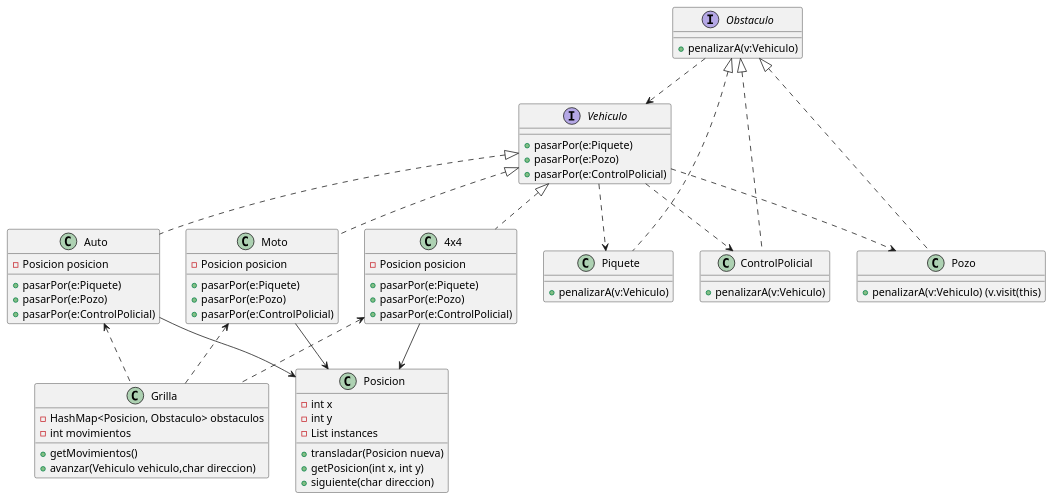
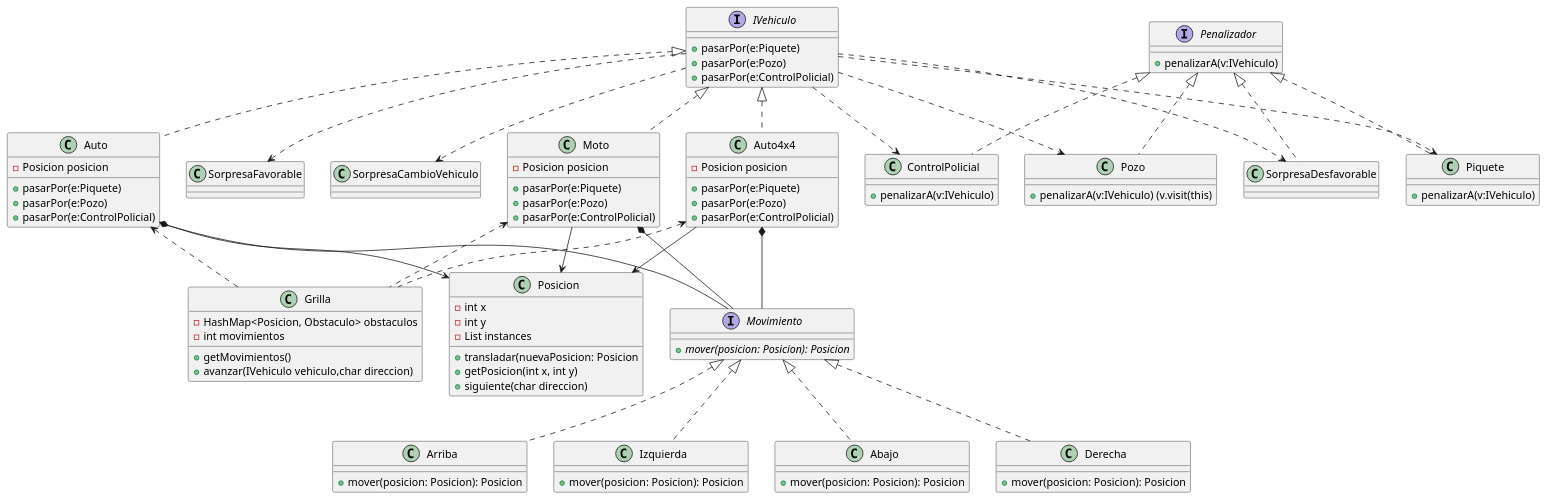
One commit to Dolo-pavon01/gpsChallenge changed the diagram in diagrams/classes/propuesta cami/VisitorAplicado.puml. Above: the diagram before and after it, drawn with PlantUML. The commit also changed 7 other files, not shown here.

Commit message:
chore(diagrams): se modificaron diagramas

```diff
--- a/diagrams/classes/propuesta cami/VisitorAplicado.puml
+++ b/diagrams/classes/propuesta cami/VisitorAplicado.puml
@@ -1,90 +1,118 @@
 @startuml
-'https://plantuml.com/class-diagram
 
-interface Vehiculo
-{
-+pasarPor(e:Piquete)
-+pasarPor(e:Pozo)
-+pasarPor(e:ControlPolicial)
-}
-class Auto
-{
-- Posicion posicion
-+pasarPor(e:Piquete)
-+pasarPor(e:Pozo)
-+pasarPor(e:ControlPolicial)
-}
-class Moto
-{
-- Posicion posicion
-+pasarPor(e:Piquete)
-+pasarPor(e:Pozo)
-+pasarPor(e:ControlPolicial)
-}
-class 4x4
-{
-- Posicion posicion
-+pasarPor(e:Piquete)
-+pasarPor(e:Pozo)
-+pasarPor(e:ControlPolicial)
-}
-class Grilla
-{
-    -HashMap<Posicion, Obstaculo> obstaculos
-    -int movimientos
-    +getMovimientos()
-    +avanzar(Vehiculo vehiculo,char direccion)
+interface IVehiculo {
+    + pasarPor(e:Piquete)
+    + pasarPor(e:Pozo)
+    + pasarPor(e:ControlPolicial)
 }
 
-class Posicion
-{
-- int x
-- int y
-- List instances
-+ transladar(Posicion nueva)
-+   getPosicion(int x, int y)
-+ siguiente(char direccion)
+class Auto {
+    - Posicion posicion
+    + pasarPor(e:Piquete)
+    + pasarPor(e:Pozo)
+    + pasarPor(e:ControlPolicial)
 }
-interface Obstaculo
-{
-    +penalizarA(v:Vehiculo)
+class Moto {
+    - Posicion posicion
+    + pasarPor(e:Piquete)
+    + pasarPor(e:Pozo)
+    + pasarPor(e:ControlPolicial)
 }
-class Piquete
-{
-+penalizarA(v:Vehiculo)
+
+class Auto4x4 {
+    - Posicion posicion
+    + pasarPor(e:Piquete)
+    + pasarPor(e:Pozo)
+    + pasarPor(e:ControlPolicial)
+}
+
+class Grilla {
+    - HashMap<Posicion, Obstaculo> obstaculos
+    - int movimientos
+    + getMovimientos()
+    + avanzar(IVehiculo vehiculo,char direccion)
+}
+
+class Posicion {
+    - int x
+    - int y
+    - List instances
+    + transladar(nuevaPosicion: Posicion
+    + getPosicion(int x, int y)
+    + siguiente(char direccion)
+}
+
+interface Penalizador {
+    + penalizarA(v:IVehiculo)
+}
+class Piquete {
+    + penalizarA(v:IVehiculo)
 }
 class ControlPolicial
 {
-+penalizarA(v:Vehiculo)
++penalizarA(v:IVehiculo)
 }
 class Pozo
 {
-
-+penalizarA(v:Vehiculo) (v.visit(this)
++penalizarA(v:IVehiculo) (v.visit(this)
 }
 
-Obstaculo <|.. Pozo
-Obstaculo <|.. ControlPolicial
-Obstaculo <|.. Piquete
+interface Movimiento {
+    + {abstract} mover(posicion: Posicion): Posicion
+}
 
-Vehiculo <|.. Auto
-Vehiculo <|.. Moto
-Vehiculo <|.. 4x4
-Obstaculo ..> Vehiculo
-Vehiculo ..> Pozo
-Vehiculo ..> Piquete
-Vehiculo ..> ControlPolicial
+class Arriba {
+    + mover(posicion: Posicion): Posicion
+}
+
+class Izquierda {
+    + mover(posicion: Posicion): Posicion
+}
+
+class Abajo {
+    + mover(posicion: Posicion): Posicion
+}
+
+class Derecha {
+    + mover(posicion: Posicion): Posicion
+}
+
+class SorpresaFavorable {}
+class SorpresaDesfavorable{}
+class SorpresaCambioVehiculo{}
 
 Moto <.. Grilla
 Auto <.. Grilla
-4x4 <.. Grilla
+Auto4x4 <.. Grilla
 
+IVehiculo ..> SorpresaFavorable
+Penalizador <|.. SorpresaDesfavorable
+
+Penalizador <|.. Pozo
+Penalizador <|.. ControlPolicial
+Penalizador <|.. Piquete
+
+IVehiculo <|.. Auto
+IVehiculo <|.. Moto
+IVehiculo <|.. Auto4x4
+IVehiculo ..> Pozo
+IVehiculo ..> Piquete
+IVehiculo ..> ControlPolicial
+
+Moto --> Posicion
 Auto --> Posicion
-Moto --> Posicion
-4x4 --> Posicion
+Auto4x4 --> Posicion
 
+Moto *-- Movimiento
+Auto *-- Movimiento
+Auto4x4 *-- Movimiento
 
+Movimiento <|.. Arriba
+Movimiento <|.. Izquierda
+Movimiento <|.. Abajo
+Movimiento <|.. Derecha
 
-
+IVehiculo ..> SorpresaDesfavorable
+IVehiculo ..> SorpresaCambioVehiculo
 
 @enduml
```
